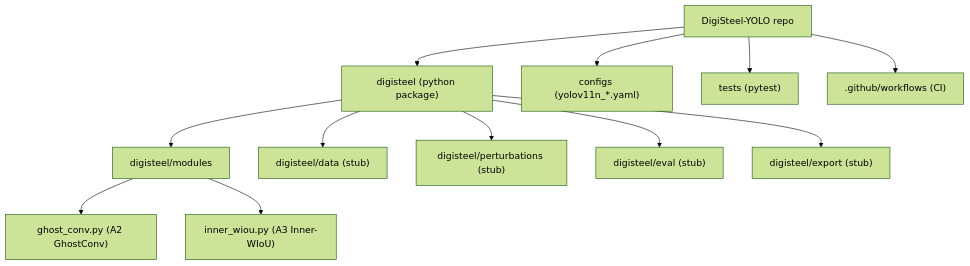
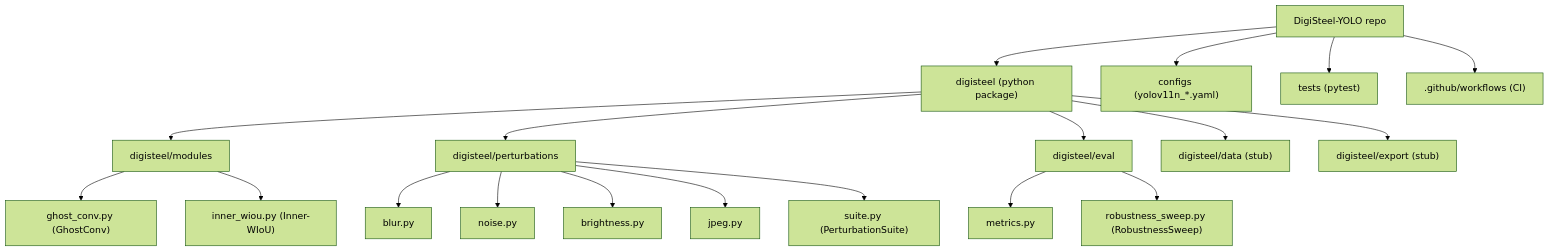
One commit to hazemelerefey/DigiSteel-YOLO changed the first of 3 diagrams in wiki/Architecture.md. Above: the diagram before and after it, drawn with Mermaid (forest theme). The commit also changed other lines of this file and 39 other files, not shown here.

````diff
--- a/wiki/Architecture.md
+++ b/wiki/Architecture.md
@@ -14,16 +14,25 @@
 ```mermaid
 flowchart TD
   Repo["DigiSteel-YOLO repo"] --> Pkg["digisteel (python package)"]
   Repo --> Cfg["configs (yolov11n_*.yaml)"]
   Repo --> Tests["tests (pytest)"]
   Repo --> CI[".github/workflows (CI)"]
 
   Pkg --> Mods["digisteel/modules"]
-  Mods --> A2["ghost_conv.py (A2 GhostConv)"]
-  Mods --> A3["inner_wiou.py (A3 Inner-WIoU)"]
+  Mods --> Ghost["ghost_conv.py (GhostConv)"]
+  Mods --> Loss["inner_wiou.py (Inner-WIoU)"]
+
+  Pkg --> Pert["digisteel/perturbations"]
+  Pert --> Blur["blur.py"]
+  Pert --> Noise["noise.py"]
+  Pert --> Bright["brightness.py"]
+  Pert --> JPEG["jpeg.py"]
+  Pert --> Suite["suite.py (PerturbationSuite)"]
+
+  Pkg --> Eval["digisteel/eval"]
+  Eval --> Metrics["metrics.py"]
+  Eval --> Sweep["robustness_sweep.py (RobustnessSweep)"]
 
   Pkg --> StubData["digisteel/data (stub)"]
-  Pkg --> StubPert["digisteel/perturbations (stub)"]
-  Pkg --> StubEval["digisteel/eval (stub)"]
   Pkg --> StubExport["digisteel/export (stub)"]
 ```
````
